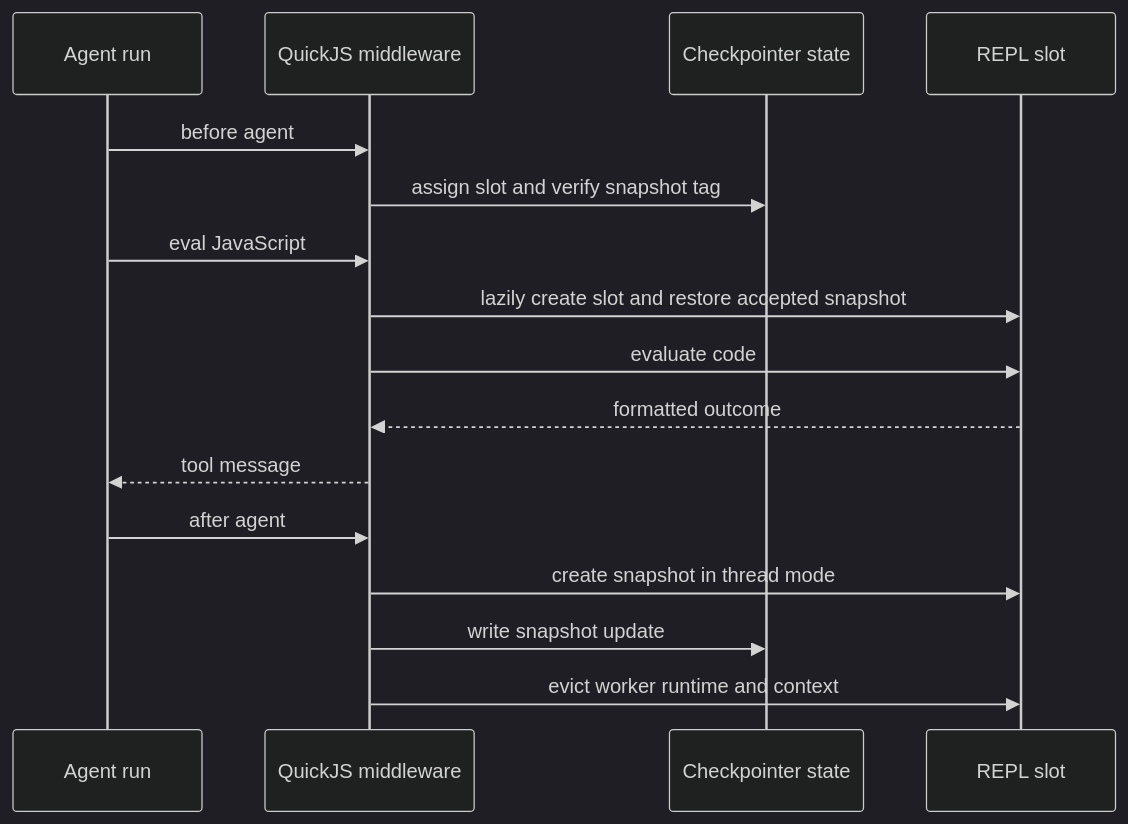
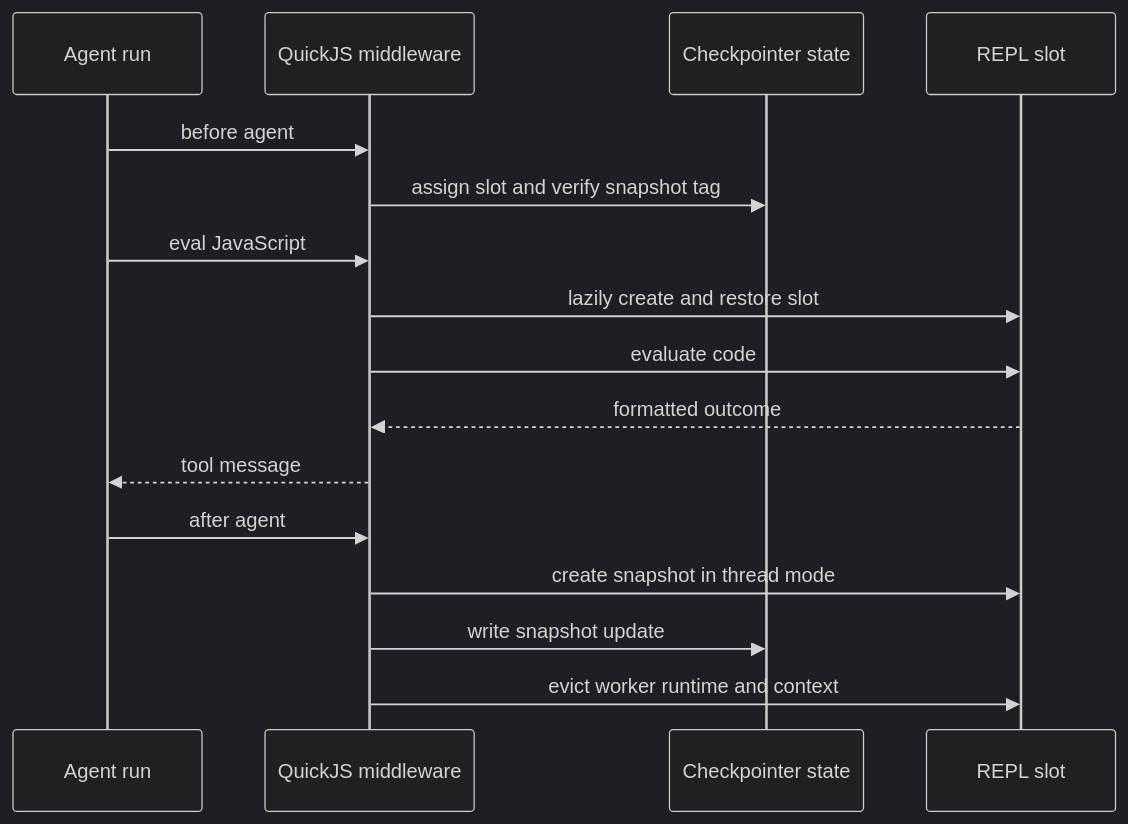
The third of 3 diagrams in openwiki/integrations/sandbox-partners.md (langchain-ai/deepagents), drawn with Mermaid (dark theme) before and after one commit. The commit also changed other lines of this file and 23 other files, not shown here.

````diff
--- a/openwiki/integrations/sandbox-partners.md
+++ b/openwiki/integrations/sandbox-partners.md
@@ -137,18 +139,18 @@
 ```mermaid
 sequenceDiagram
     participant Agent as Agent run
     participant Middleware as QuickJS middleware
-    participant State as Checkpointer state
+    participant StateStore as Checkpointer state
     participant Slot as REPL slot
     Agent->>Middleware: before agent
-    Middleware->>State: assign slot and verify snapshot tag
+    Middleware->>StateStore: assign slot and verify snapshot tag
     Agent->>Middleware: eval JavaScript
-    Middleware->>Slot: lazily create slot and restore accepted snapshot
+    Middleware->>Slot: lazily create and restore slot
     Middleware->>Slot: evaluate code
     Slot-->>Middleware: formatted outcome
     Middleware-->>Agent: tool message
     Agent->>Middleware: after agent
     Middleware->>Slot: create snapshot in thread mode
-    Middleware->>State: write snapshot update
+    Middleware->>StateStore: write snapshot update
     Middleware->>Slot: evict worker runtime and context
 ```
````
